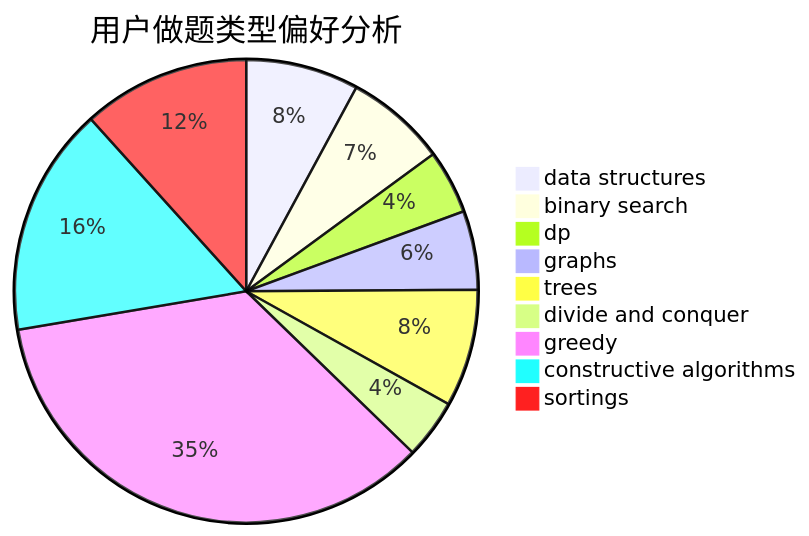
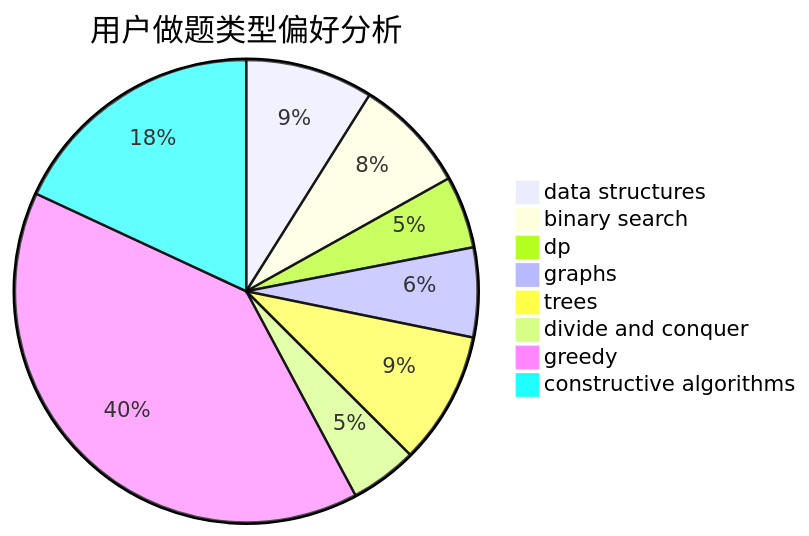
Before and after one commit to sherpahu/cfrs.github.io: the second of 3 diagrams in docs/user/u1088.md, drawn with Mermaid. The commit also changed other lines of this file and 2769 other files, not shown here.

````diff
--- a/docs/user/u1088.md
+++ b/docs/user/u1088.md
@@ -18,12 +18,11 @@
 ```mermaid
 pie title 用户做题类型偏好分析
     "data structures" :  226
     "binary search" :  202
     "dp" :  128
     "graphs" :  158
     "trees" :  235
     "divide and conquer" :  119
     "greedy" :  1006
     "constructive algorithms" :  458
-    "sortings" :  335
 ```
````
